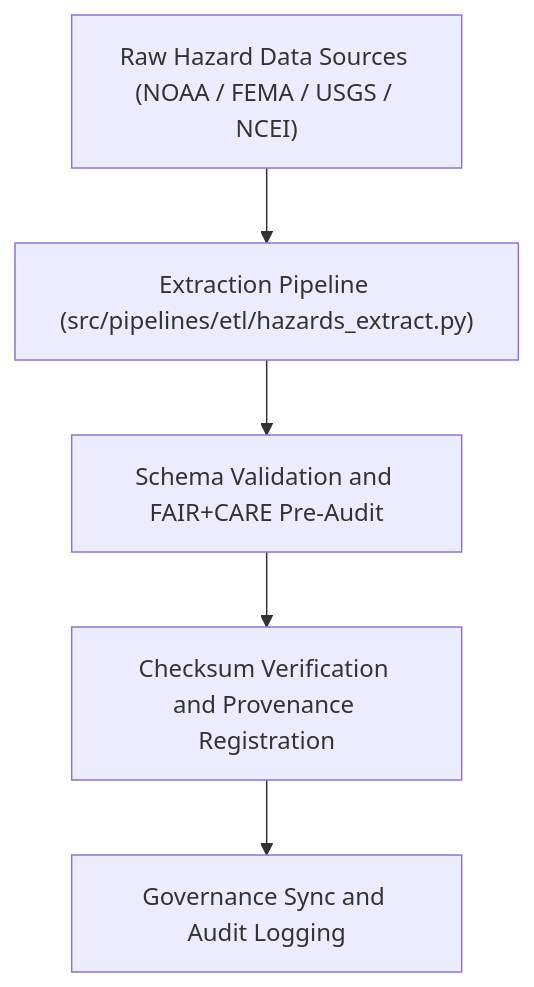
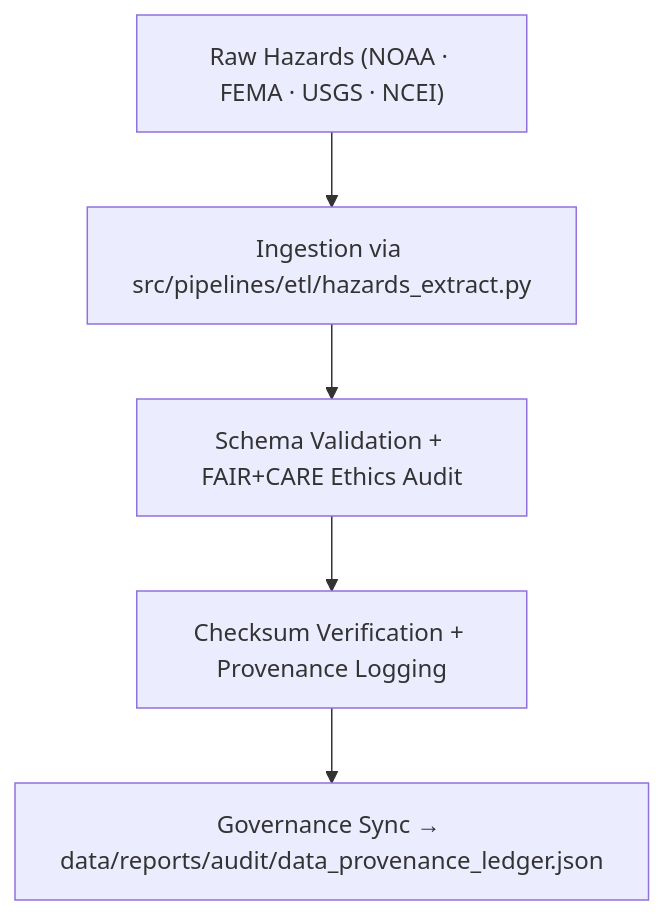
One commit to bartytime4life/Kansas-Frontier-Matrix changed the diagram in data/work/tmp/hazards/logs/etl/extract/README.md. Above: the diagram before and after it, drawn with Mermaid. The commit also changed other lines of this file, not shown here.

````diff
--- a/data/work/tmp/hazards/logs/etl/extract/README.md
+++ b/data/work/tmp/hazards/logs/etl/extract/README.md
@@ -64,7 +65,7 @@
 ```mermaid
 flowchart TD
-    A["Raw Hazard Data Sources (NOAA / FEMA / USGS / NCEI)"] --> B["Extraction Pipeline (src/pipelines/etl/hazards_extract.py)"]
-    B --> C["Schema Validation and FAIR+CARE Pre-Audit"]
-    C --> D["Checksum Verification and Provenance Registration"]
-    D --> E["Governance Sync and Audit Logging"]
+    A["Raw Hazards (NOAA · FEMA · USGS · NCEI)"] --> B["Ingestion via src/pipelines/etl/hazards_extract.py"]
+    B --> C["Schema Validation + FAIR+CARE Ethics Audit"]
+    C --> D["Checksum Verification + Provenance Logging"]
+    D --> E["Governance Sync → data/reports/audit/data_provenance_ledger.json"]
 ```
````
